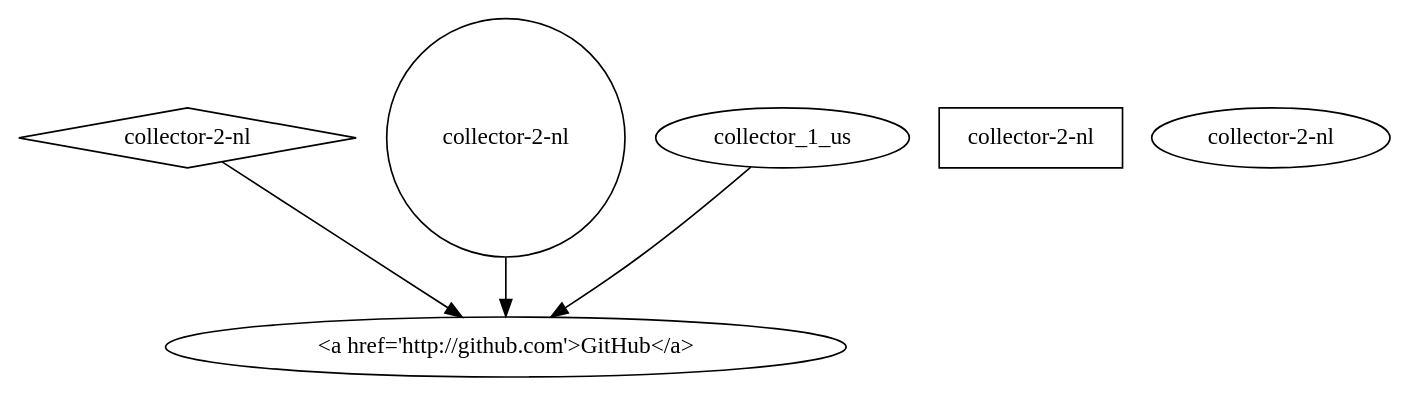
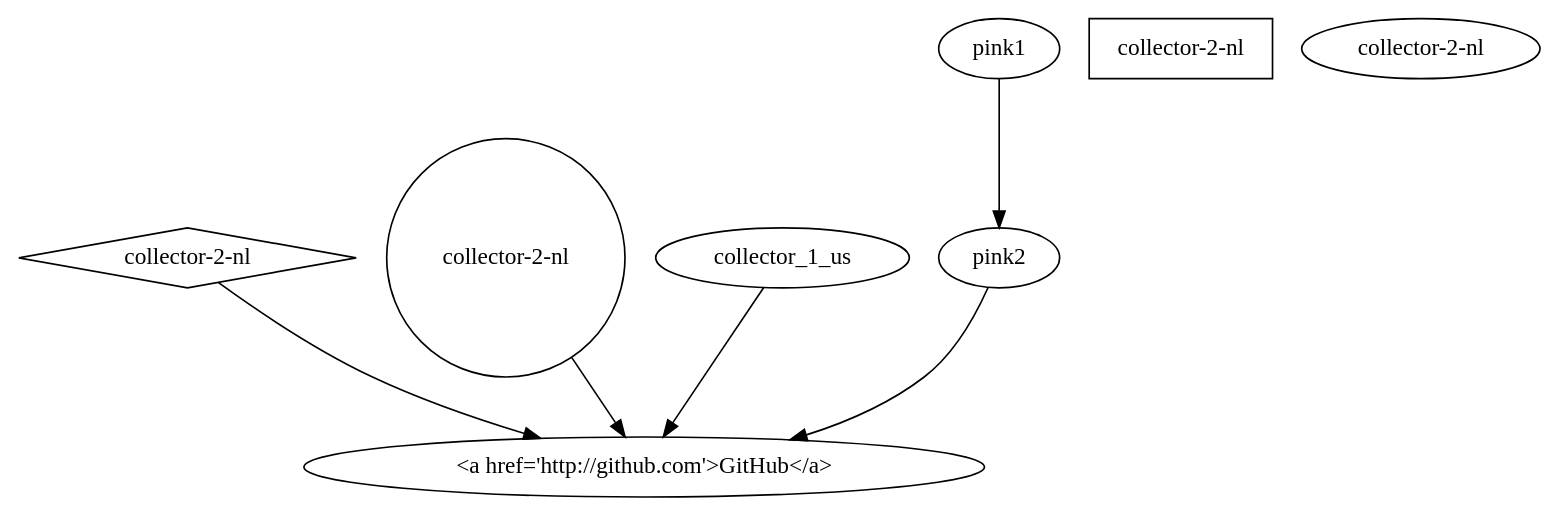
The diagram in sample.dot (bitdivine/dotfile-editor), drawn with Graphviz before and after one commit.

Commit message:
sample += subgraph

```diff
--- a/sample.dot
+++ b/sample.dot
@@ -1,12 +1,18 @@
 digraph speedo {
 	// Optional but fun labels:
 	collector_2_nl [shape=diamond style="fill: white; stroke-width: 1.5px;stroke:blue;" label="collector-2-nl"];
 	collector_3_nl [shape=circle style="fill: white; stroke-width: 1.5px;stroke:blue;" label="collector-2-nl"];
 	collector_4_nl [shape=rect style="fill: white; stroke-width: 1.5px;stroke:blue;" label="collector-2-nl"];
 	collector_5_nl [shape=ellipse style="fill: white; stroke-width: 1.5px;stroke:blue;" label="collector-2-nl"];
 	concentrator [labelType=html label="<a href='http://github.com'>GitHub</a>"];
 
 	collector_2_nl -> concentrator;
 	collector_3_nl -> concentrator;
 	collector_1_us -> concentrator;
+
+	subgraph pink {
+		style="fill:#D0C0A0";
+		pink1 -> pink2
+	}
+	pink2 -> concentrator;
 }
```
